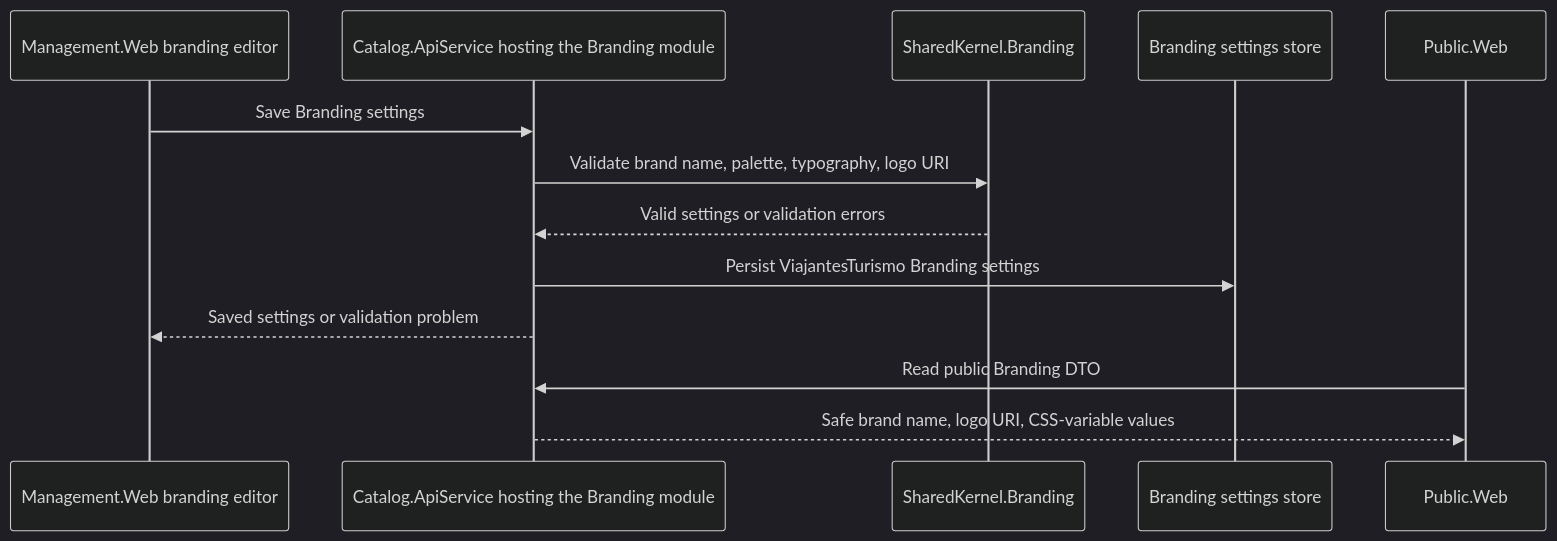
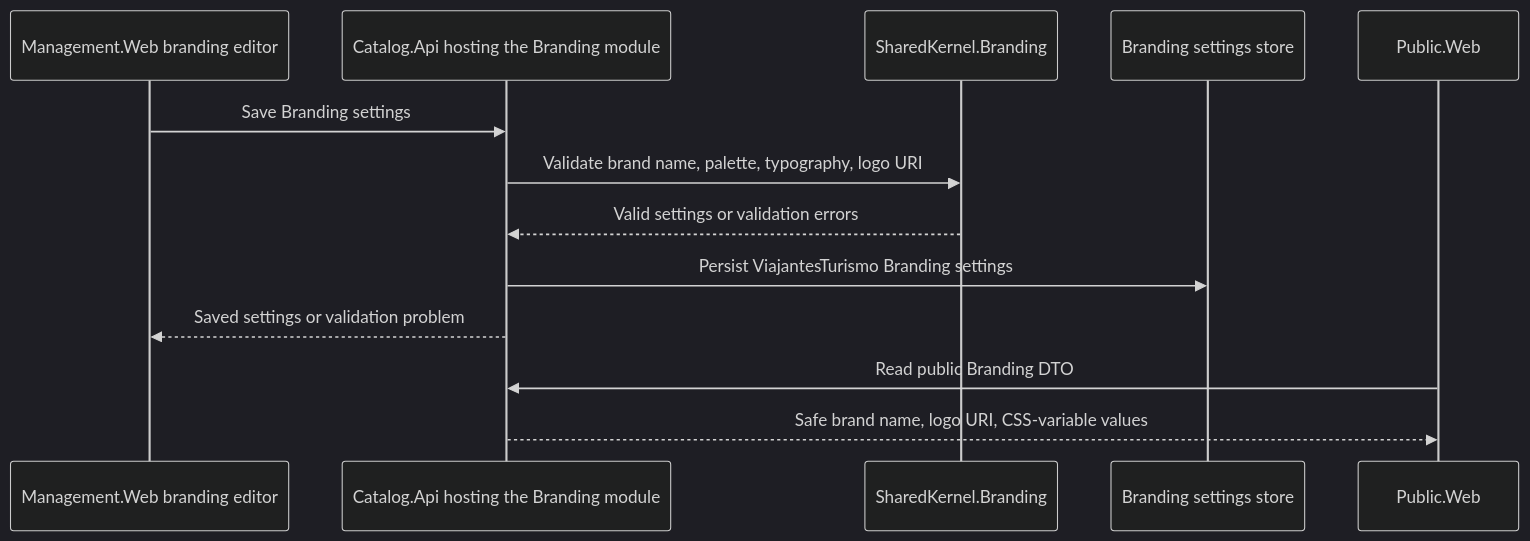
The ninth of 12 diagrams in docs/architecture/FLOWS.md (danigutsch/ViajantesTurismo), drawn with Mermaid (dark theme) before and after one commit. The commit also changed other lines of this file and 250 other files, not shown here.

Commit message:
refactor(api): rename Admin and Catalog API projects

````diff
--- a/docs/architecture/FLOWS.md
+++ b/docs/architecture/FLOWS.md
@@ -316,16 +316,16 @@
 ```mermaid
 sequenceDiagram
     participant Editor as Management.Web branding editor
-    participant API as Catalog.ApiService hosting the Branding module
+    participant API as Catalog.Api hosting the Branding module
     participant Core as SharedKernel.Branding
     participant Store as Branding settings store
     participant Public as Public.Web
 
     Editor->>API: Save Branding settings
     API->>Core: Validate brand name, palette, typography, logo URI
     Core-->>API: Valid settings or validation errors
     API->>Store: Persist ViajantesTurismo Branding settings
     API-->>Editor: Saved settings or validation problem
     Public->>API: Read public Branding DTO
     API-->>Public: Safe brand name, logo URI, CSS-variable values
 ```
````
